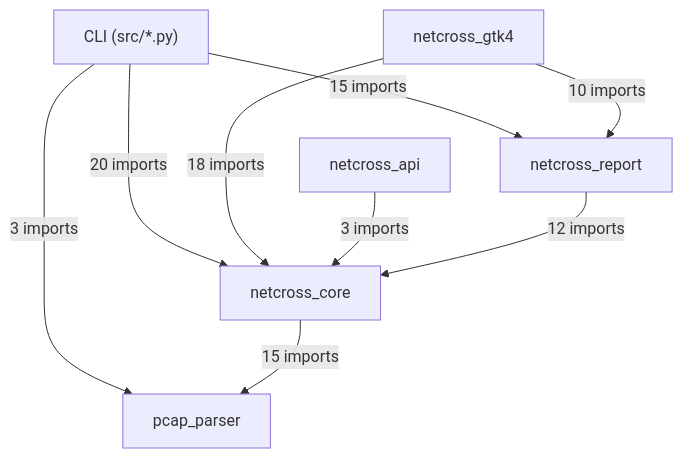
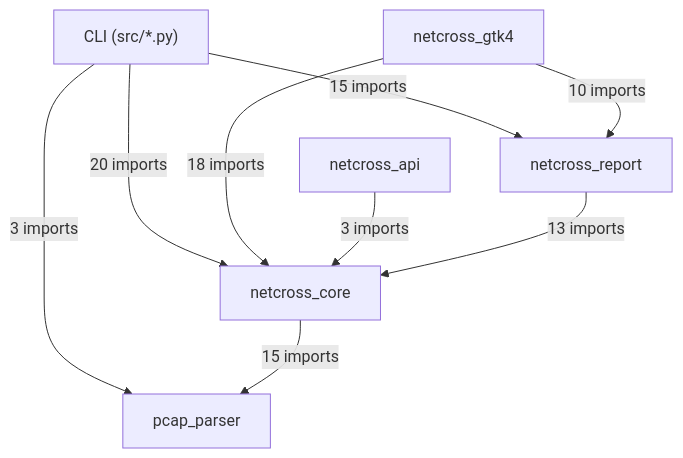
The first of 16 diagrams in docs/class-diagram.md (MathildeDec/Netcross), drawn with Mermaid before and after one commit. The commit also changed other lines of this file and 10 other files, not shown here.

````diff
--- a/docs/class-diagram.md
+++ b/docs/class-diagram.md
@@ -26,17 +26,17 @@
 ```mermaid
 flowchart TD
     CLI["CLI (src/*.py)"]
     netcross_gtk4["netcross_gtk4"]
     netcross_api["netcross_api"]
     netcross_report["netcross_report"]
     netcross_core["netcross_core"]
     pcap_parser["pcap_parser"]
     CLI -->|"15 imports"| netcross_report
     CLI -->|"20 imports"| netcross_core
     CLI -->|"3 imports"| pcap_parser
     netcross_gtk4 -->|"10 imports"| netcross_report
     netcross_gtk4 -->|"18 imports"| netcross_core
     netcross_api -->|"3 imports"| netcross_core
-    netcross_report -->|"12 imports"| netcross_core
+    netcross_report -->|"13 imports"| netcross_core
     netcross_core -->|"15 imports"| pcap_parser
 ```
````
